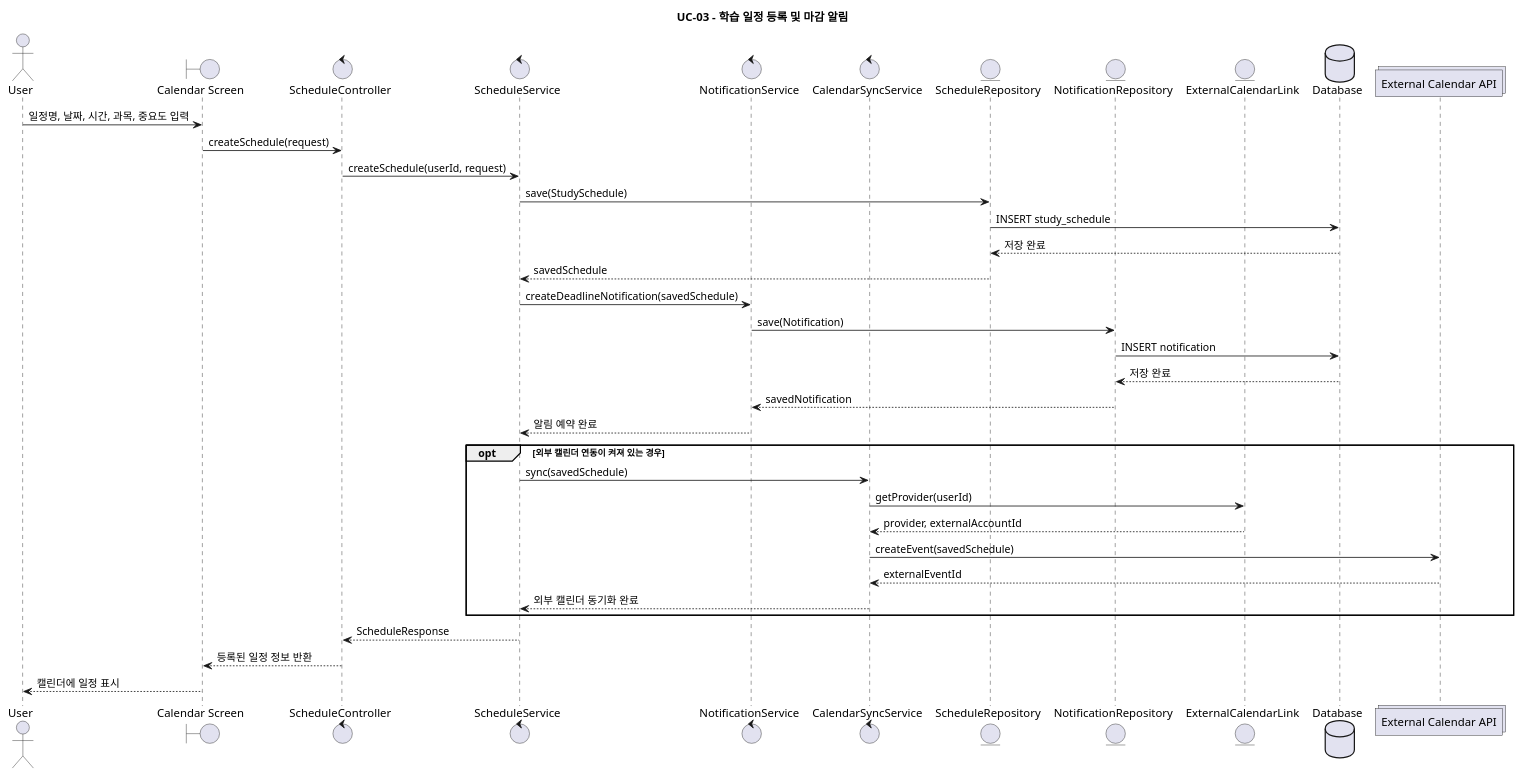
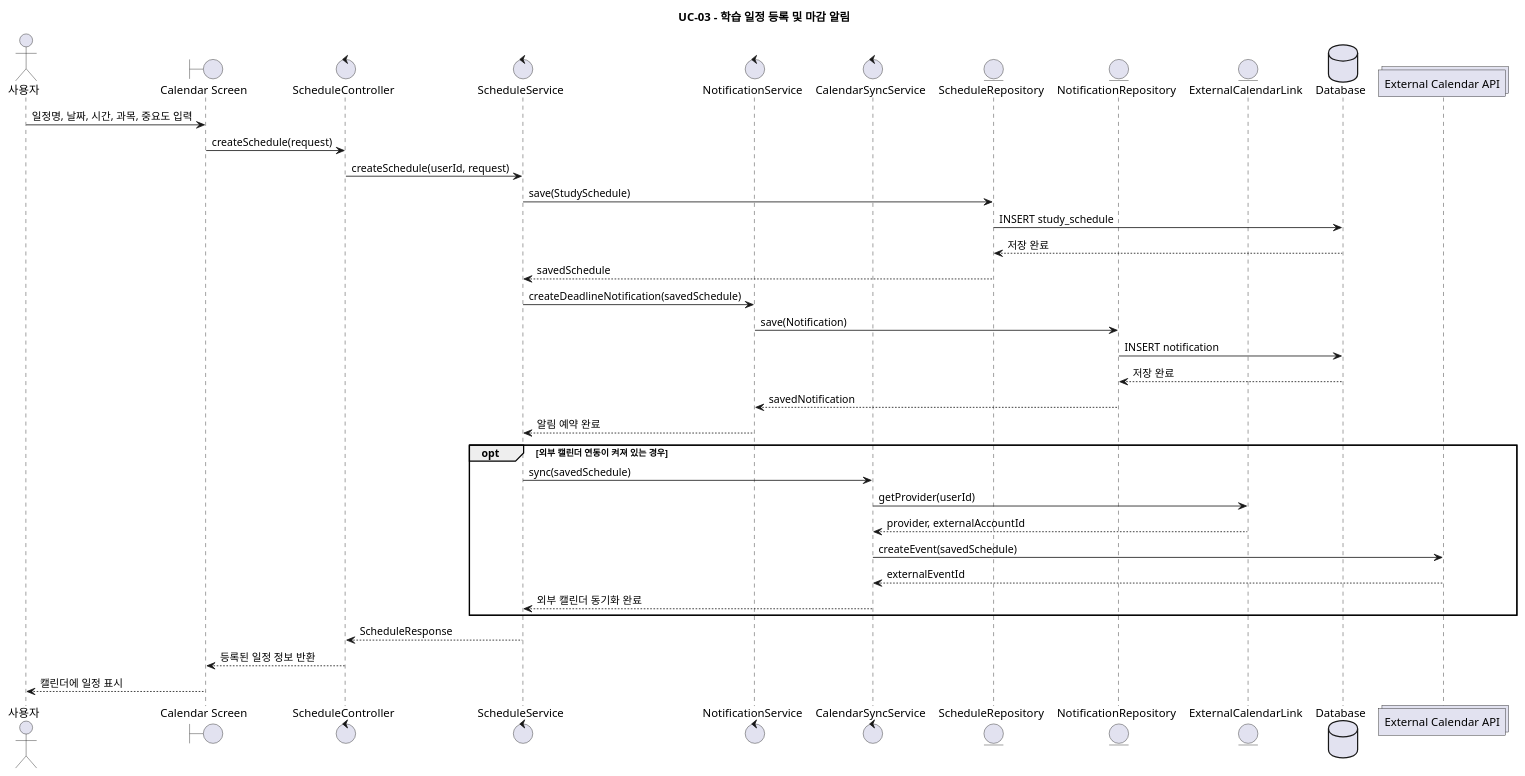
One commit to jeongiryang/SoftwareEngineering_team15_project_-Smart-Edu-Platform changed the second of 15 diagrams in docs/design/plantuml/sequence-diagrams.puml. Above: the diagram before and after it, drawn with PlantUML. The commit also changed other lines of this file and 27 other files, not shown here.

```diff
--- a/docs/design/plantuml/sequence-diagrams.puml
+++ b/docs/design/plantuml/sequence-diagrams.puml
@@ -61,44 +61,44 @@
 @startuml UC03_CreateSchedule
 title UC-03 - 학습 일정 등록 및 마감 알림
 
-actor "User" as User
+actor "사용자" as User
 boundary "Calendar Screen" as UI
 control "ScheduleController" as ScheduleController
 control "ScheduleService" as ScheduleService
 control "NotificationService" as NotificationService
 control "CalendarSyncService" as CalendarSyncService
 entity "ScheduleRepository" as ScheduleRepository
 entity "NotificationRepository" as NotificationRepository
 entity "ExternalCalendarLink" as ExternalCalendarLink
 database "Database" as DB
 collections "External Calendar API" as ExternalCalendarAPI
 
 User -> UI: 일정명, 날짜, 시간, 과목, 중요도 입력
 UI -> ScheduleController: createSchedule(request)
 ScheduleController -> ScheduleService: createSchedule(userId, request)
 ScheduleService -> ScheduleRepository: save(StudySchedule)
 ScheduleRepository -> DB: INSERT study_schedule
 DB --> ScheduleRepository: 저장 완료
 ScheduleRepository --> ScheduleService: savedSchedule
 
 ScheduleService -> NotificationService: createDeadlineNotification(savedSchedule)
 NotificationService -> NotificationRepository: save(Notification)
 NotificationRepository -> DB: INSERT notification
 DB --> NotificationRepository: 저장 완료
 NotificationRepository --> NotificationService: savedNotification
 NotificationService --> ScheduleService: 알림 예약 완료
 
 opt 외부 캘린더 연동이 켜져 있는 경우
   ScheduleService -> CalendarSyncService: sync(savedSchedule)
   CalendarSyncService -> ExternalCalendarLink: getProvider(userId)
   ExternalCalendarLink --> CalendarSyncService: provider, externalAccountId
   CalendarSyncService -> ExternalCalendarAPI: createEvent(savedSchedule)
   ExternalCalendarAPI --> CalendarSyncService: externalEventId
   CalendarSyncService --> ScheduleService: 외부 캘린더 동기화 완료
 end
 
 ScheduleService --> ScheduleController: ScheduleResponse
 ScheduleController --> UI: 등록된 일정 정보 반환
 UI --> User: 캘린더에 일정 표시
 
 @enduml
```
